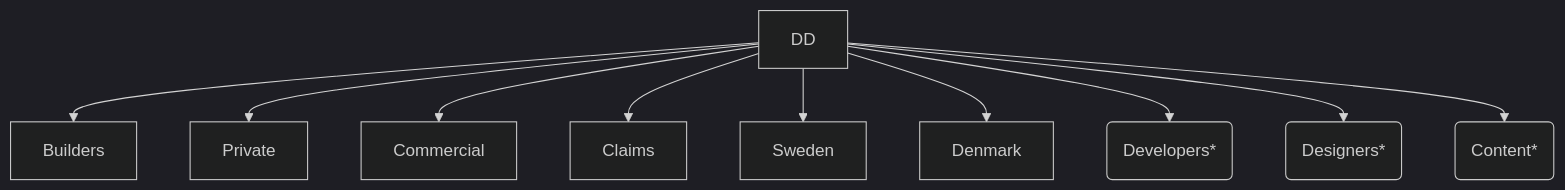
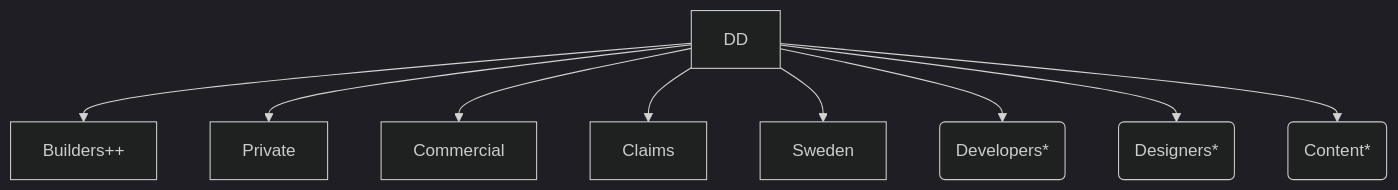
Before and after one commit to Bellfalasch/frontend-forum: the third of 4 diagrams in slides.md, drawn with Mermaid (dark theme). The commit also changed other lines of this file, not shown here.

````diff
--- a/slides.md
+++ b/slides.md
@@ -112,12 +120,11 @@
 ```mermaid
 graph TD;
-    DD-->Builders;
+    DD-->Builders++;
     DD-->Private;
     DD-->Commercial;
     DD-->Claims;
     DD-->Sweden;
-    DD-->Denmark;
     DD-->Devs(Developers*);
     DD-->Design(Designers*);
     DD-->Content(Content*);
 ```
````
